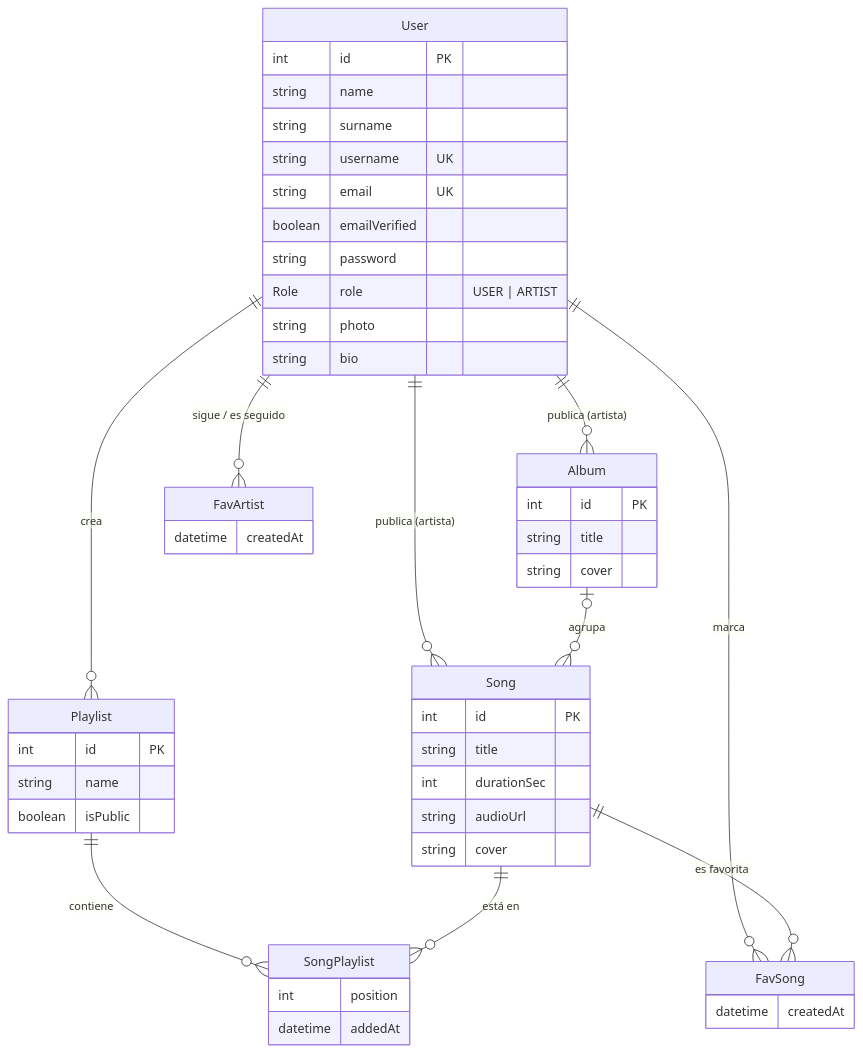
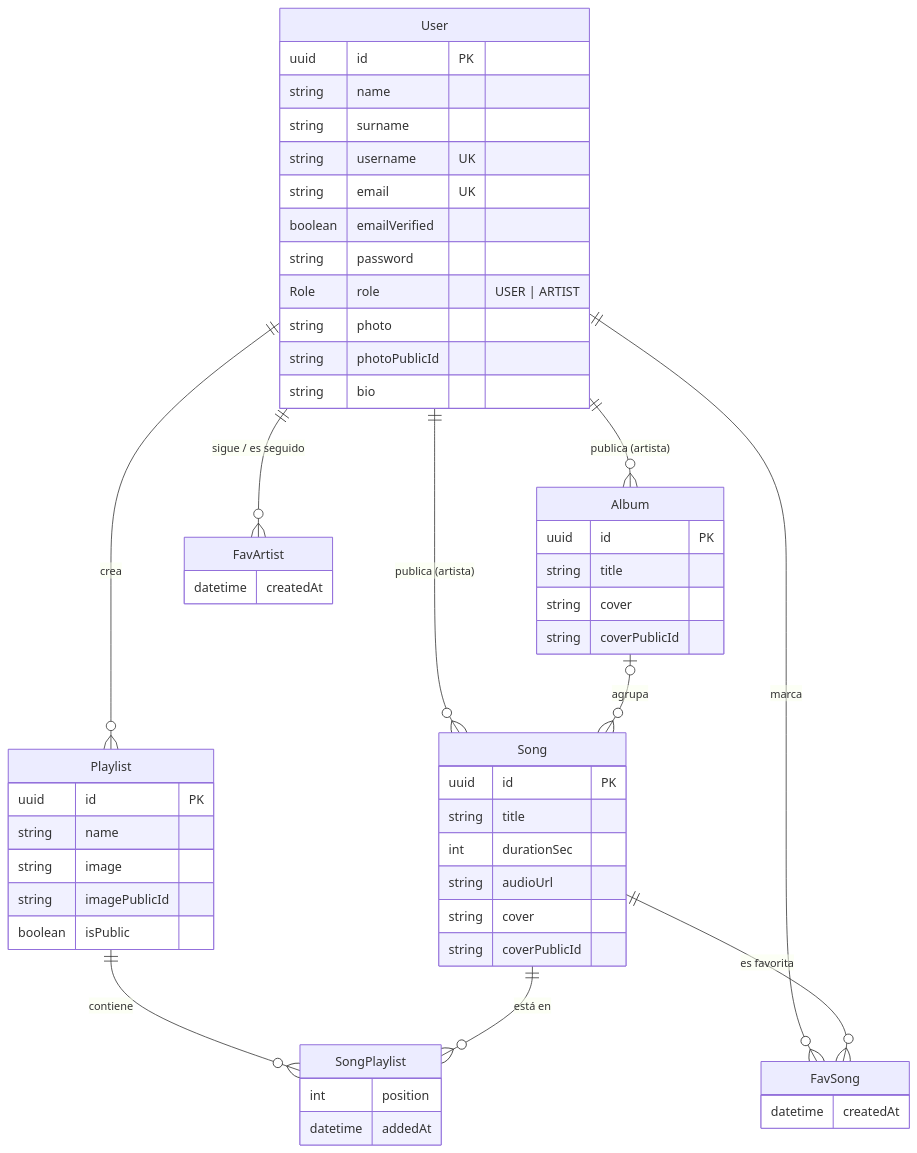
The diagram in README.md (santimontironi/garsonic-music-app), drawn with Mermaid before and after one commit. The commit also changed other lines of this file and 51 other files, not shown here.

````diff
--- a/README.md
+++ b/README.md
@@ -83,52 +83,57 @@
 ```mermaid
 erDiagram
     User ||--o{ Album : "publica (artista)"
     User ||--o{ Song : "publica (artista)"
     User ||--o{ Playlist : "crea"
     User ||--o{ FavSong : "marca"
     User ||--o{ FavArtist : "sigue / es seguido"
     Album |o--o{ Song : "agrupa"
     Playlist ||--o{ SongPlaylist : "contiene"
     Song ||--o{ SongPlaylist : "está en"
     Song ||--o{ FavSong : "es favorita"
 
     User {
-        int id PK
+        uuid id PK
         string name
         string surname
         string username UK
         string email UK
         boolean emailVerified
         string password
         Role role "USER | ARTIST"
         string photo
+        string photoPublicId
         string bio
     }
     Album {
-        int id PK
+        uuid id PK
         string title
         string cover
+        string coverPublicId
     }
     Song {
-        int id PK
+        uuid id PK
         string title
         int durationSec
         string audioUrl
         string cover
+        string coverPublicId
     }
     Playlist {
-        int id PK
+        uuid id PK
         string name
+        string image
+        string imagePublicId
         boolean isPublic
     }
     SongPlaylist {
         int position
         datetime addedAt
     }
     FavSong {
         datetime createdAt
     }
     FavArtist {
         datetime createdAt
     }
 ```
````
